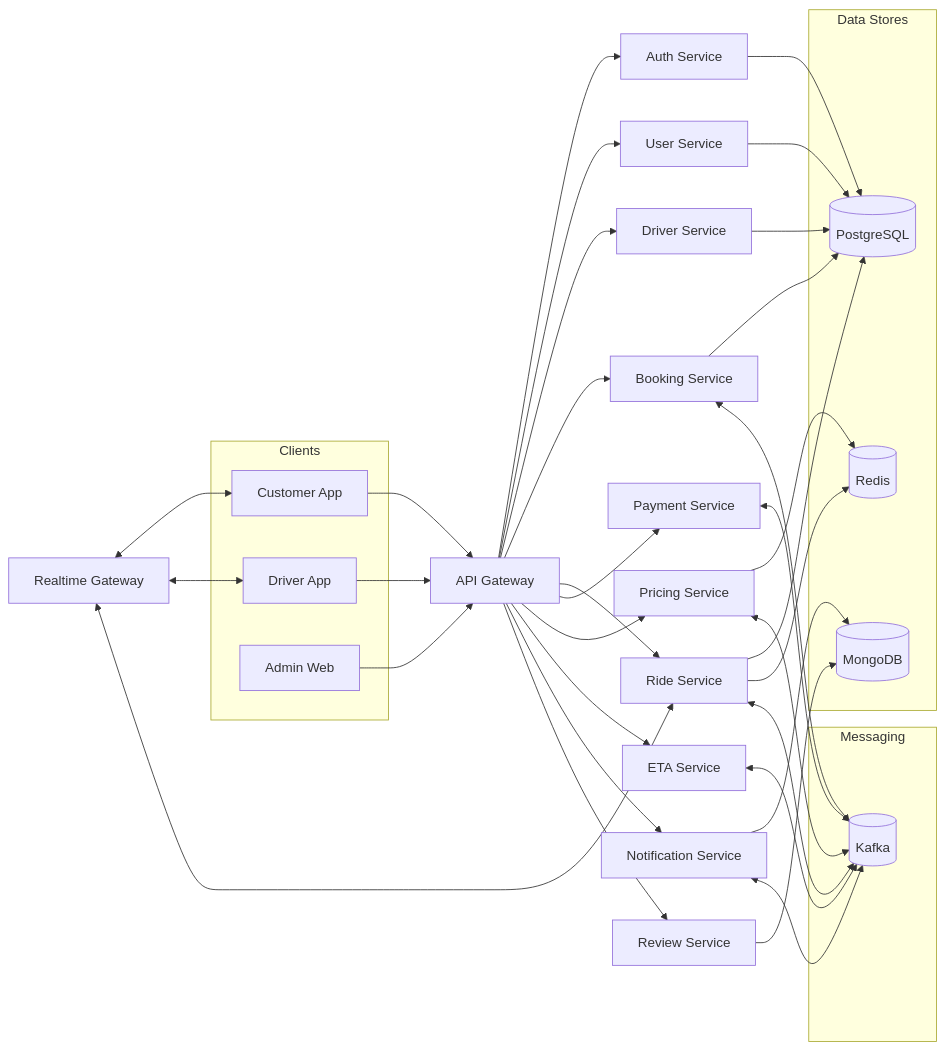
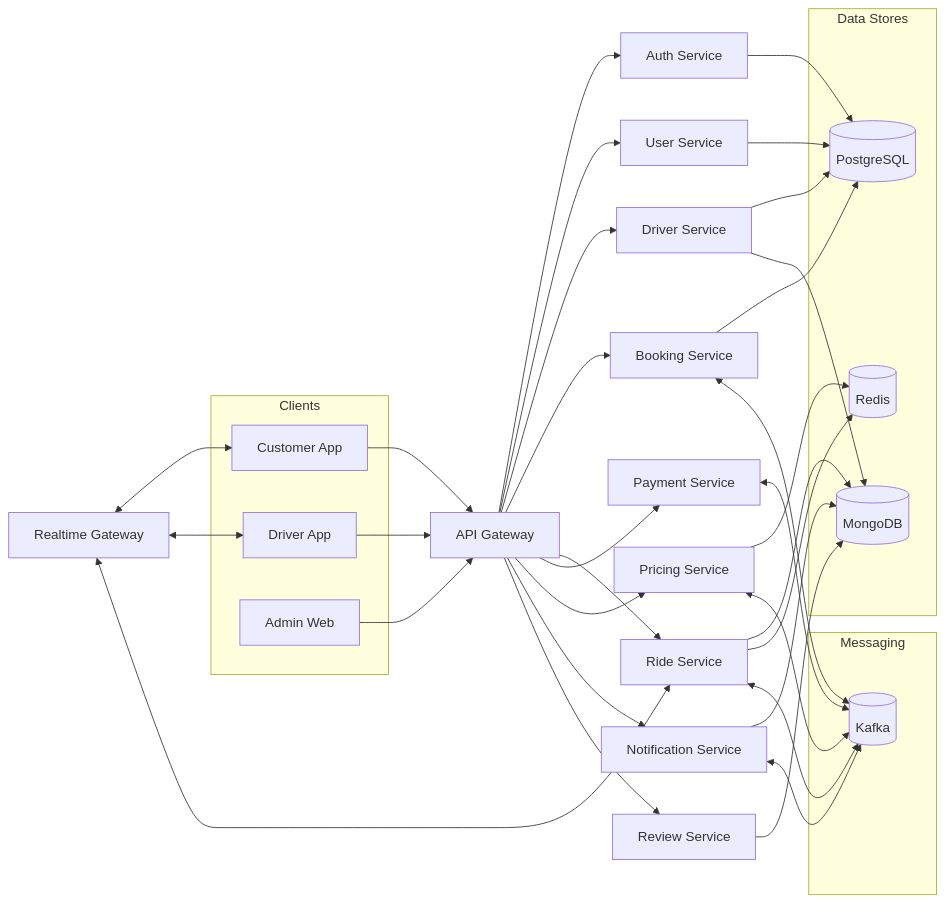
The first of 6 diagrams in README.md (truong-devops/DHHTTT18B-N21-cab-system), drawn with Mermaid before and after one commit. The commit also changed other lines of this file, not shown here.

Commit message:
Remove ETA service references from README

````diff
--- a/README.md
+++ b/README.md
@@ -62,54 +61,53 @@
 ```mermaid
 flowchart LR
   subgraph Clients
     C1[Customer App]
     C2[Driver App]
     C3[Admin Web]
   end
 
   C1 --> GW[API Gateway]
   C2 --> GW
   C3 --> GW
 
   GW --> AUTH[Auth Service]
   GW --> USER[User Service]
   GW --> DRIVER[Driver Service]
   GW --> BOOK[Booking Service]
   GW --> RIDE[Ride Service]
   GW --> PAY[Payment Service]
   GW --> PRICE[Pricing Service]
-  GW --> ETA[ETA Service]
   GW --> NOTI[Notification Service]
   GW --> REVIEW[Review Service]
 
   RT[Realtime Gateway] <--> C1
   RT <--> C2
   RT <--> RIDE
 
   subgraph Data Stores
     PG[(PostgreSQL)]
     MG[(MongoDB)]
     RD[(Redis)]
   end
 
   AUTH --> PG
   USER --> PG
   DRIVER --> PG
+  DRIVER --> MG
   BOOK --> PG
-  RIDE --> PG
+  RIDE --> MG
   NOTI --> MG
   REVIEW --> MG
   PRICE --> RD
   RIDE --> RD
 
   subgraph Messaging
     KAFKA[(Kafka)]
   end
 
   BOOK <--> KAFKA
   RIDE <--> KAFKA
-  ETA <--> KAFKA
   PRICE <--> KAFKA
   PAY <--> KAFKA
   NOTI <--> KAFKA
 ```
````
